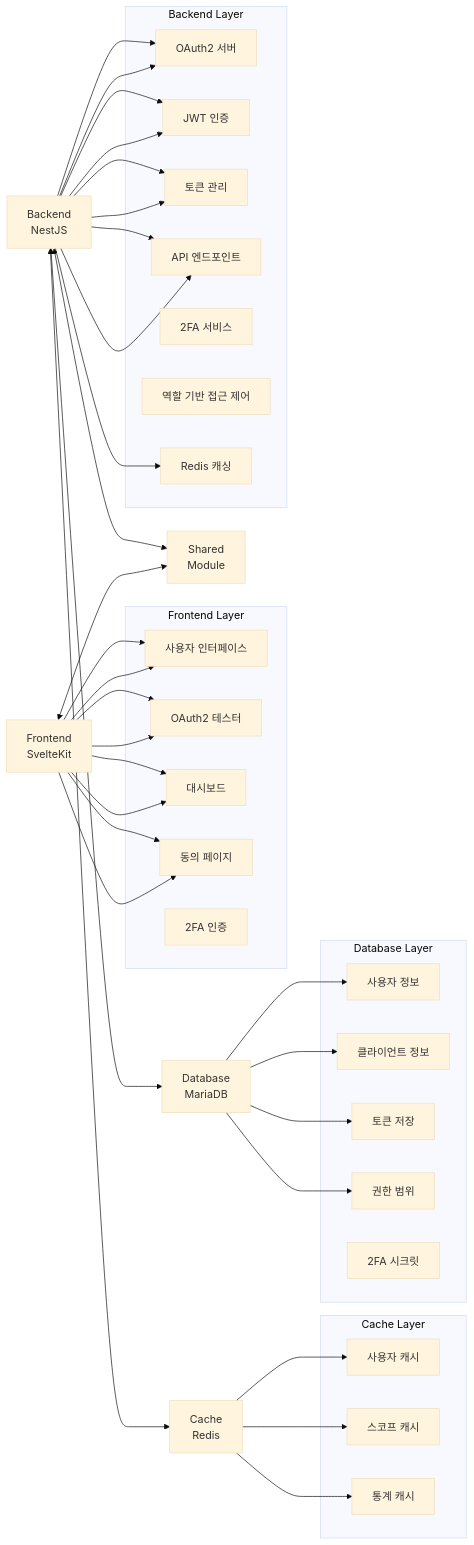
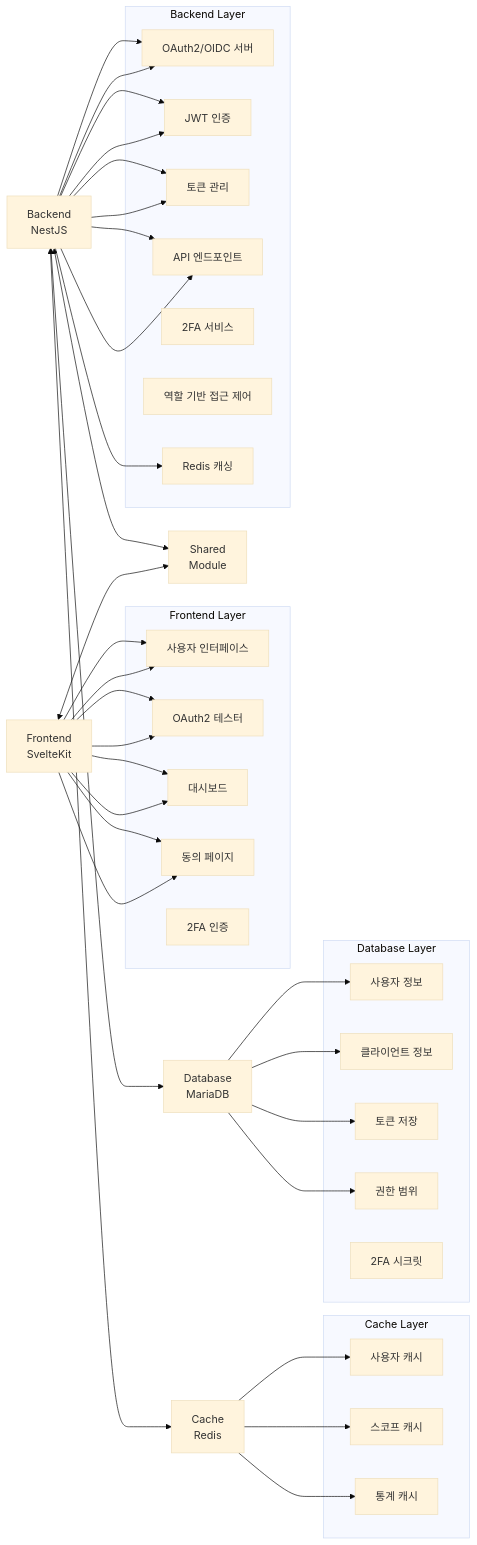
Before and after one commit to vientofactory/FlowAuth: the diagram in README.md, drawn with Mermaid (base theme). The commit also changed other lines of this file and 1 other file, not shown here.

````diff
--- a/README.md
+++ b/README.md
@@ -36,75 +36,75 @@
 ```mermaid
 flowchart LR
    FE[Frontend<br/>SvelteKit]
    BE[Backend<br/>NestJS]
    SHARED[Shared<br/>Module]
    DB[Database<br/>MariaDB]
    REDIS[Cache<br/>Redis]
 
    FE <--> SHARED
    BE <--> SHARED
    BE <--> DB
    BE <--> REDIS
 
    subgraph "Frontend Layer"
       FE_UI[사용자 인터페이스]
       FE_Tester[OAuth2 테스터]
       FE_Dashboard[대시보드]
       FE_Consent[동의 페이지]
       FE_2FA[2FA 인증]
    end
 
    subgraph "Backend Layer"
-      BE_OAuth2[OAuth2 서버]
+      BE_OAuth2[OAuth2/OIDC 서버]
       BE_JWT[JWT 인증]
       BE_Token[토큰 관리]
       BE_API[API 엔드포인트]
       BE_2FA[2FA 서비스]
       BE_RBAC[역할 기반 접근 제어]
       BE_Cache[Redis 캐싱]
    end
 
    subgraph "Database Layer"
       DB_User[사용자 정보]
       DB_Client[클라이언트 정보]
       DB_Token[토큰 저장]
       DB_Scope[권한 범위]
       DB_2FA[2FA 시크릿]
    end
 
    FE --> FE_UI
    FE --> FE_Tester
    FE --> FE_Dashboard
    FE --> FE_Consent
 
    BE --> BE_OAuth2
    BE --> BE_JWT
    BE --> BE_Token
    BE --> BE_API
 
    subgraph "Cache Layer"
       CACHE_User[사용자 캐시]
       CACHE_Scope[스코프 캐시]
       CACHE_Stats[통계 캐시]
    end
 
    FE --> FE_UI
    FE --> FE_Tester
    FE --> FE_Dashboard
    FE --> FE_Consent
 
    BE --> BE_OAuth2
    BE --> BE_JWT
    BE --> BE_Token
    BE --> BE_API
    BE --> BE_Cache
 
    DB --> DB_User
    DB --> DB_Client
    DB --> DB_Token
    DB --> DB_Scope
 
    REDIS --> CACHE_User
    REDIS --> CACHE_Scope
    REDIS --> CACHE_Stats
 ```
````
